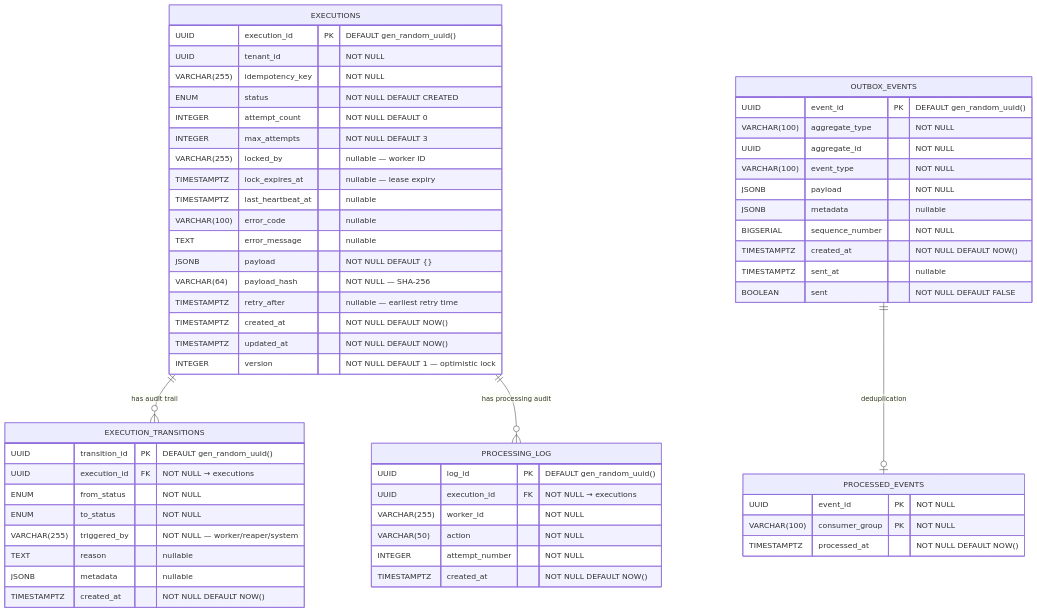
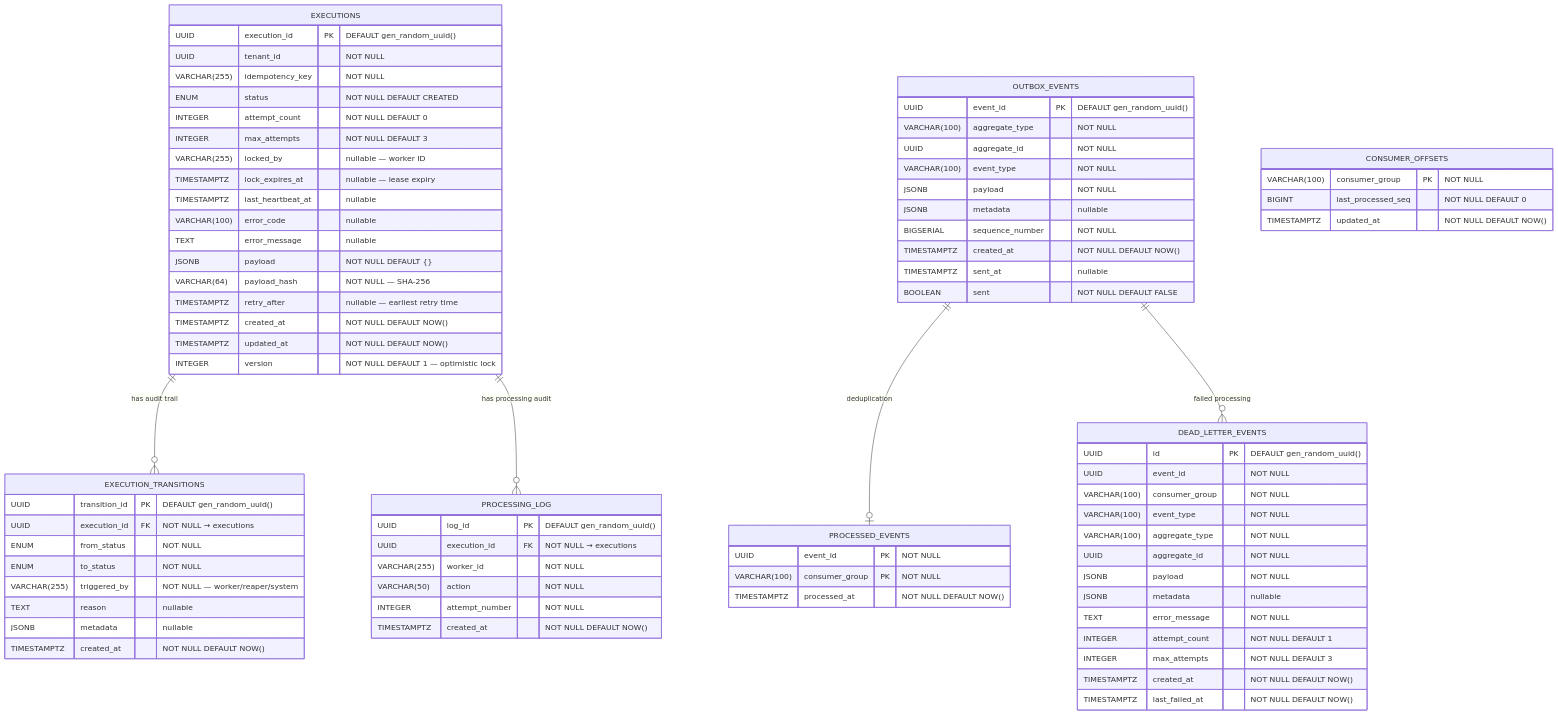
Before and after one commit to narayana-reddy-nexoraa/platform: the first of 4 diagrams in docs/erd.md, drawn with Mermaid. The commit also changed other lines of this file and 1 other file, not shown here.

Commit message:
fix: use startup offset for replay guard, update ERD with DLQ and consumer_offsets tables
The replay guard now uses the DB-loaded startup offset instead of the
running high-water mark, allowing legitimate out-of-order events to be
processed during a session while still preventing replays on restart.

````diff
--- a/docs/erd.md
+++ b/docs/erd.md
@@ -63,7 +63,30 @@
         TIMESTAMPTZ created_at "NOT NULL DEFAULT NOW()"
     }
 
+    DEAD_LETTER_EVENTS {
+        UUID id PK "DEFAULT gen_random_uuid()"
+        UUID event_id "NOT NULL"
+        VARCHAR(100) consumer_group "NOT NULL"
+        VARCHAR(100) event_type "NOT NULL"
+        VARCHAR(100) aggregate_type "NOT NULL"
+        UUID aggregate_id "NOT NULL"
+        JSONB payload "NOT NULL"
+        JSONB metadata "nullable"
+        TEXT error_message "NOT NULL"
+        INTEGER attempt_count "NOT NULL DEFAULT 1"
+        INTEGER max_attempts "NOT NULL DEFAULT 3"
+        TIMESTAMPTZ created_at "NOT NULL DEFAULT NOW()"
+        TIMESTAMPTZ last_failed_at "NOT NULL DEFAULT NOW()"
+    }
+
+    CONSUMER_OFFSETS {
+        VARCHAR(100) consumer_group PK "NOT NULL"
+        BIGINT last_processed_seq "NOT NULL DEFAULT 0"
+        TIMESTAMPTZ updated_at "NOT NULL DEFAULT NOW()"
+    }
+
     EXECUTIONS ||--o{ EXECUTION_TRANSITIONS : "has audit trail"
     EXECUTIONS ||--o{ PROCESSING_LOG : "has processing audit"
     OUTBOX_EVENTS ||--o| PROCESSED_EVENTS : "deduplication"
+    OUTBOX_EVENTS ||--o{ DEAD_LETTER_EVENTS : "failed processing"
 ```
````
